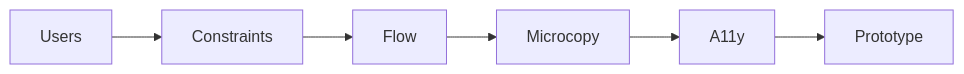
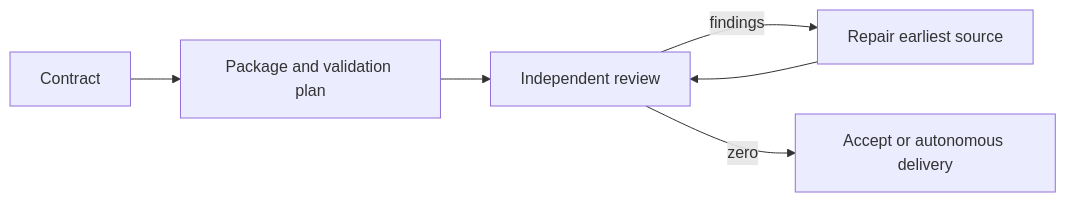
The eighth of 13 diagrams in packages/docs/src/content/docs/docs/reference/workflow-templates.mdx (moira-mcp/moira), drawn with Mermaid before and after one commit. The commit also changed other lines of this file and 72 other files, not shown here.

````diff
--- a/packages/docs/src/content/docs/docs/reference/workflow-templates.mdx
+++ b/packages/docs/src/content/docs/docs/reference/workflow-templates.mdx
@@ -210,4 +211,7 @@
 ```mermaid
 flowchart LR
-    A[Users] --> B[Constraints] --> C[Flow] --> D[Microcopy] --> E[A11y] --> F[Prototype]
+    A[Contract] --> B[Package and validation plan] --> C[Independent review]
+    C -->|findings| D[Repair earliest source]
+    D --> C
+    C -->|zero| E[Accept or autonomous delivery]
 ```
````
